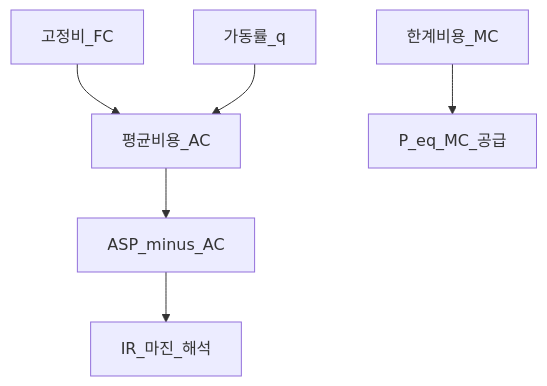
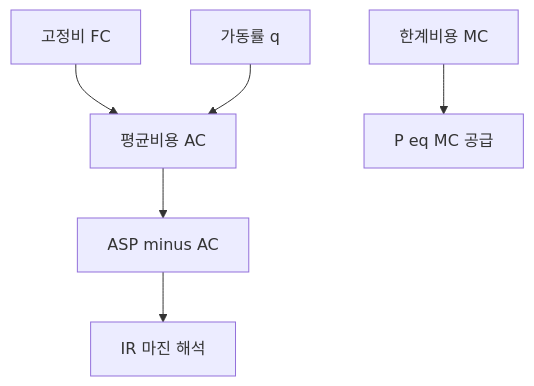
One commit to goldanghenry/Finances changed the fifth of 5 diagrams in 02-economics/micro-02-production-cost-supply.md. Above: the diagram before and after it, drawn with Mermaid. The commit also changed other lines of this file and 211 other files, not shown here.

````diff
--- a/02-economics/micro-02-production-cost-supply.md
+++ b/02-economics/micro-02-production-cost-supply.md
@@ -387,8 +411,8 @@
 ```mermaid
 flowchart TD
-  FC[고정비_FC] --> AC[평균비용_AC]
-  Q[가동률_q] --> AC
-  AC --> MARG[ASP_minus_AC]
-  MC[한계비용_MC] --> PM[P_eq_MC_공급]
-  MARG --> IR[IR_마진_해석]
+  FC["고정비 FC"] --> AC["평균비용 AC"]
+  Q["가동률 q"] --> AC
+  AC --> MARG["ASP minus AC"]
+  MC["한계비용 MC"] --> PM["P eq MC 공급"]
+  MARG --> IR["IR 마진 해석"]
 ```
````
